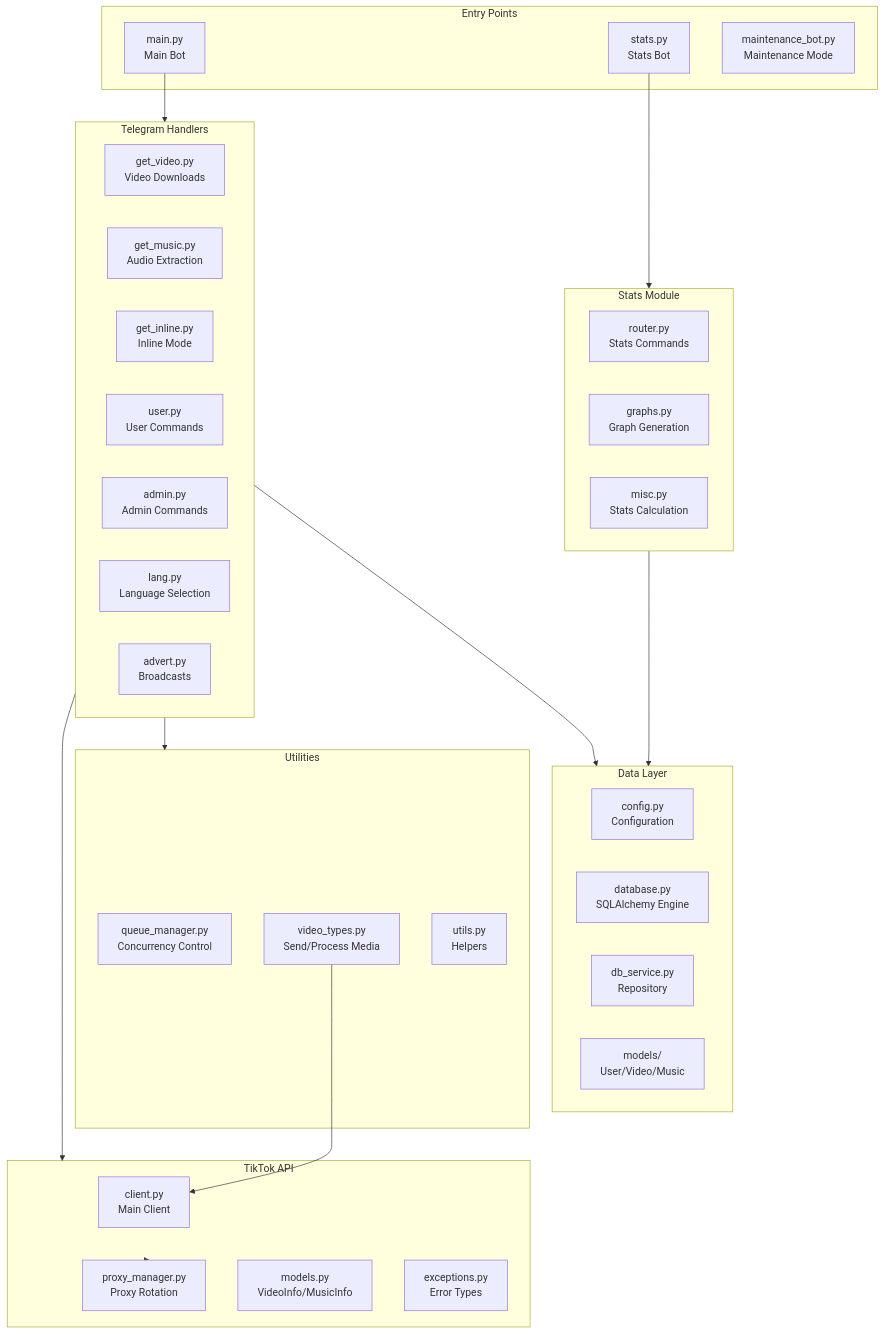
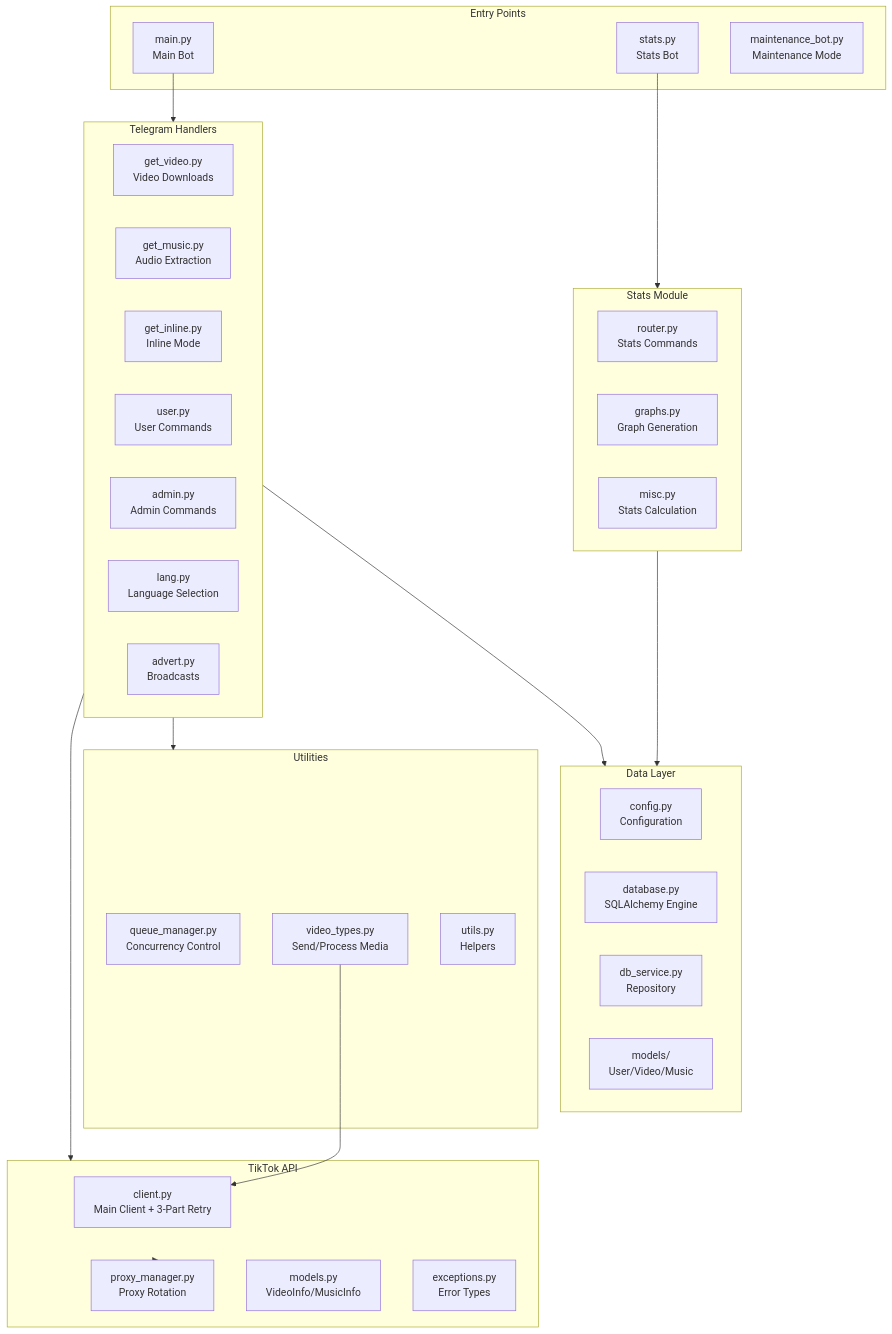
Before and after one commit to karilaa-dev/tt-bot: the first of 5 diagrams in docs/CODEBASE_MAP.md, drawn with Mermaid. The commit also changed other lines of this file, not shown here.

First line of the commit message:
Update codebase documentation with 3-part retry strategy

````diff
--- a/docs/CODEBASE_MAP.md
+++ b/docs/CODEBASE_MAP.md
@@ -18,53 +18,53 @@
 ```mermaid
 graph TB
     subgraph Entry["Entry Points"]
         Main[main.py<br/>Main Bot]
         Stats[stats.py<br/>Stats Bot]
         Maint[maintenance_bot.py<br/>Maintenance Mode]
     end
 
     subgraph Handlers["Telegram Handlers"]
         Video[get_video.py<br/>Video Downloads]
         Music[get_music.py<br/>Audio Extraction]
         Inline[get_inline.py<br/>Inline Mode]
         User[user.py<br/>User Commands]
         Admin[admin.py<br/>Admin Commands]
         Lang[lang.py<br/>Language Selection]
         Advert[advert.py<br/>Broadcasts]
     end
 
     subgraph TikTok["TikTok API"]
-        Client[client.py<br/>Main Client]
+        Client[client.py<br/>Main Client + 3-Part Retry]
         Proxy[proxy_manager.py<br/>Proxy Rotation]
         Models[models.py<br/>VideoInfo/MusicInfo]
         Exc[exceptions.py<br/>Error Types]
     end
 
     subgraph Data["Data Layer"]
         Config[config.py<br/>Configuration]
         DB[database.py<br/>SQLAlchemy Engine]
         DBSvc[db_service.py<br/>Repository]
         DBModels[models/<br/>User/Video/Music]
     end
 
     subgraph Misc["Utilities"]
         Queue[queue_manager.py<br/>Concurrency Control]
         VTypes[video_types.py<br/>Send/Process Media]
         Utils[utils.py<br/>Helpers]
     end
 
     subgraph StatsM["Stats Module"]
         Router[router.py<br/>Stats Commands]
         Graphs[graphs.py<br/>Graph Generation]
         StMisc[misc.py<br/>Stats Calculation]
     end
 
     Main --> Handlers
     Stats --> StatsM
     Handlers --> TikTok
     Handlers --> Misc
     TikTok --> Proxy
     Handlers --> Data
     StatsM --> Data
     VTypes --> Client
 ```
````
